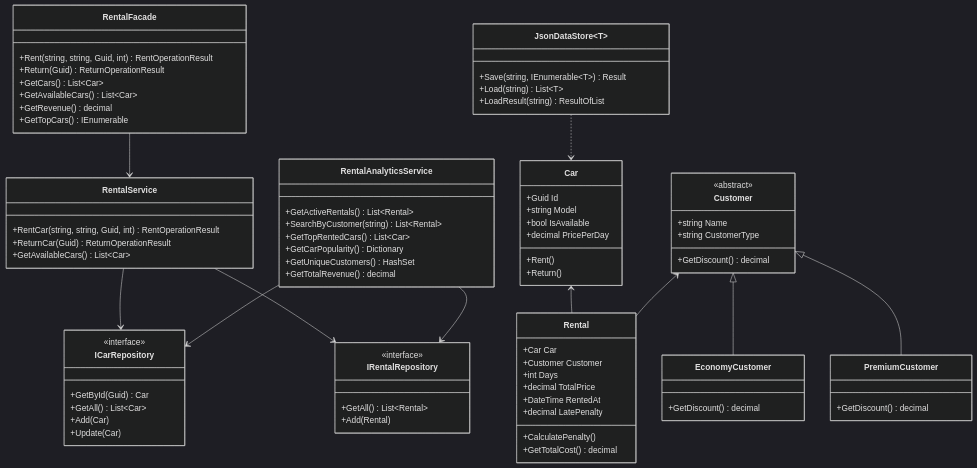
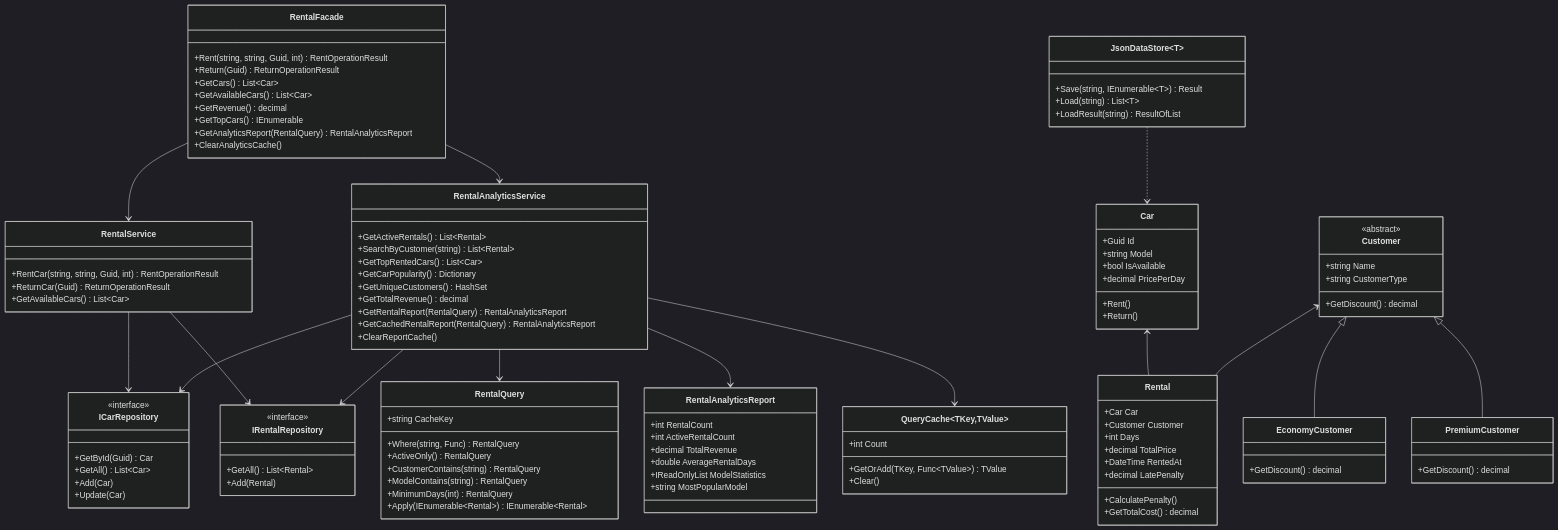
One commit to Xsessha/OOP-MiniProject-Olkhovskay changed the diagram in docs/class-diagram.md. Above: the diagram before and after it, drawn with Mermaid (dark theme). The commit also changed 193 other files, not shown here.

````diff
--- a/docs/class-diagram.md
+++ b/docs/class-diagram.md
@@ -50,6 +50,8 @@
         +GetAvailableCars() List~Car~
         +GetRevenue() decimal
         +GetTopCars() IEnumerable
+        +GetAnalyticsReport(RentalQuery) RentalAnalyticsReport
+        +ClearAnalyticsCache()
     }
 
     class RentalAnalyticsService {
@@ -59,6 +61,34 @@
         +GetCarPopularity() Dictionary
         +GetUniqueCustomers() HashSet
         +GetTotalRevenue() decimal
+        +GetRentalReport(RentalQuery) RentalAnalyticsReport
+        +GetCachedRentalReport(RentalQuery) RentalAnalyticsReport
+        +ClearReportCache()
+    }
+
+    class RentalQuery {
+        +string CacheKey
+        +Where(string, Func) RentalQuery
+        +ActiveOnly() RentalQuery
+        +CustomerContains(string) RentalQuery
+        +ModelContains(string) RentalQuery
+        +MinimumDays(int) RentalQuery
+        +Apply(IEnumerable~Rental~) IEnumerable~Rental~
+    }
+
+    class RentalAnalyticsReport {
+        +int RentalCount
+        +int ActiveRentalCount
+        +decimal TotalRevenue
+        +double AverageRentalDays
+        +IReadOnlyList ModelStatistics
+        +string MostPopularModel
+    }
+
+    class QueryCache~TKey,TValue~ {
+        +int Count
+        +GetOrAdd(TKey, Func~TValue~) TValue
+        +Clear()
     }
 
     class ICarRepository {
@@ -88,7 +118,11 @@
     RentalService --> ICarRepository
     RentalService --> IRentalRepository
     RentalFacade --> RentalService
+    RentalFacade --> RentalAnalyticsService
     RentalAnalyticsService --> ICarRepository
     RentalAnalyticsService --> IRentalRepository
+    RentalAnalyticsService --> RentalQuery
+    RentalAnalyticsService --> RentalAnalyticsReport
+    RentalAnalyticsService --> QueryCache
     JsonDataStore ..> Car
 ```
````
